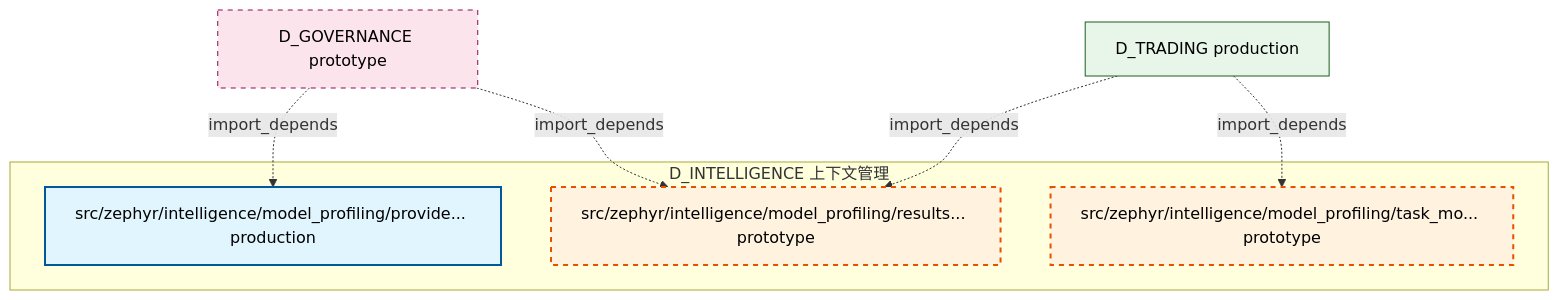
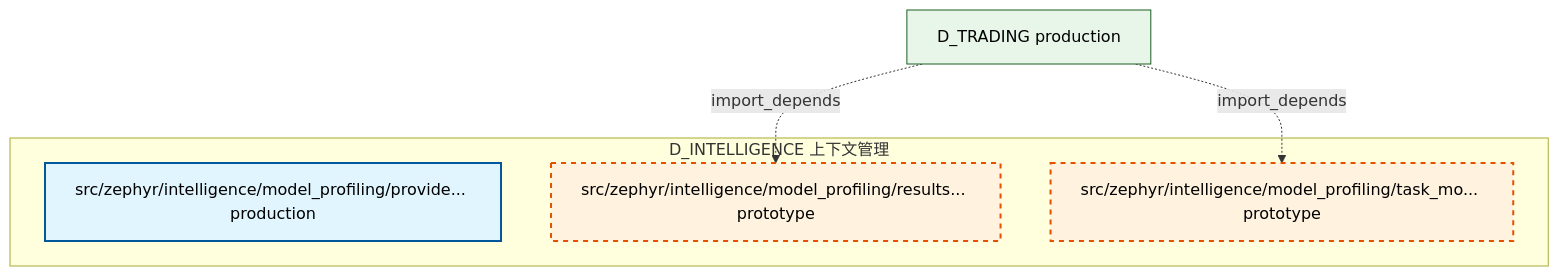
One commit to xuanFelixVan/ZephyrAlpha changed the second of 2 diagrams in docs/02_enterprise_architecture/02_domain_architecture_docs/40_d_intelligence.md. Above: the diagram before and after it, drawn with Mermaid. The commit also changed other lines of this file and 105 other files, not shown here.

````diff
--- a/docs/02_enterprise_architecture/02_domain_architecture_docs/40_d_intelligence.md
+++ b/docs/02_enterprise_architecture/02_domain_architecture_docs/40_d_intelligence.md
@@ -143,22 +143,18 @@
 ```mermaid
 graph TD
     subgraph D_INTELLIGENCE["D_INTELLIGENCE 上下文管理"]
         src_zephyr_intelligence_model_profiling_provider_data_py["src/zephyr/intelligence/model_profiling/provide... production"]
         src_zephyr_intelligence_model_profiling_results_writer_py["src/zephyr/intelligence/model_profiling/results... prototype"]
         src_zephyr_intelligence_model_profiling_task_model_learner_py["src/zephyr/intelligence/model_profiling/task_mo... prototype"]
     end
-    D_GOVERNANCE["D_GOVERNANCE prototype"]
-    D_GOVERNANCE -.->|import_depends| src_zephyr_intelligence_model_profiling_provider_data_py
-    D_GOVERNANCE -.->|import_depends| src_zephyr_intelligence_model_profiling_results_writer_py
     D_TRADING["D_TRADING production"]
     D_TRADING -.->|import_depends| src_zephyr_intelligence_model_profiling_task_model_learner_py
     D_TRADING -.->|import_depends| src_zephyr_intelligence_model_profiling_results_writer_py
     classDef production fill:#e1f5fe,stroke:#01579b,stroke-width:2px,color:#000
     classDef design fill:#fff3e0,stroke:#e65100,stroke-width:2px,color:#000,stroke-dasharray: 5 5
     classDef external_prod fill:#e8f5e9,stroke:#1b5e20,stroke-width:1px,color:#000
     classDef external_design fill:#fce4ec,stroke:#880e4f,stroke-width:1px,color:#000,stroke-dasharray: 5 5
     class src_zephyr_intelligence_model_profiling_provider_data_py production
     class src_zephyr_intelligence_model_profiling_results_writer_py,src_zephyr_intelligence_model_profiling_task_model_learner_py design
     class D_TRADING external_prod
-    class D_GOVERNANCE external_design
 ```
````
